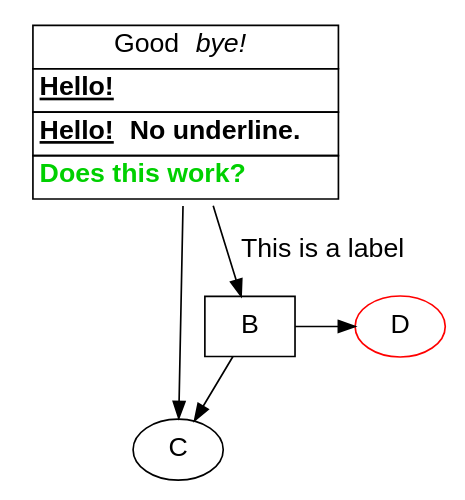
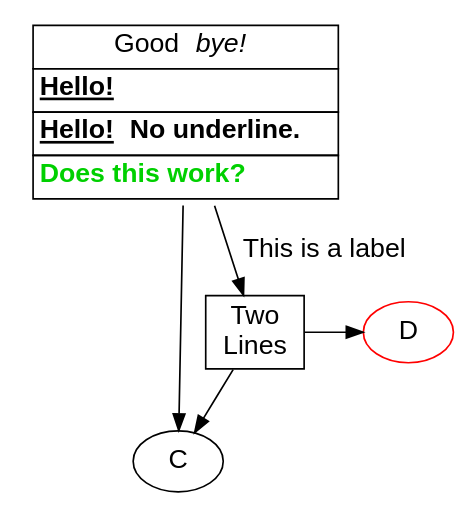
Before and after one commit to softwaretechnik-berlin/graphviz-scala: the diagram in doc/test.dot, drawn with Graphviz. The commit also changed 10 other files, not shown here.

```diff
--- a/doc/test.dot
+++ b/doc/test.dot
@@ -1,26 +1,26 @@
 digraph  {
   node [fontname = "Helvetica"; fontsize = 16.0;];
   edge [fontname = "Helvetica"; fontsize = 16.0;];
   fontname = "Helvetica";
   fontsize = 16.0;
   A [
     label = <<TABLE border="0" cellBorder="1" cellPadding="3" cellSpacing="0">
       <TR><TD >Good <I>bye!</I></TD></TR>
       <TR><TD align="Left"><B><U>Hello!</U></B></TD></TR>
       <TR><TD align="Left"><B><U>Hello!</U>No underline.</B></TD></TR>
       <TR><TD align="Left"><B><FONT color="#00D000">Does this work?</FONT></B></TD></TR>
     </TABLE>>;
     shape = none;
   ];
   C;
   subgraph  {
     rank = same;
-    B [shape = box;];
+    B [label = "Two\nLines"; shape = box;];
     D [color = "#FF0000";];
   }
   
   A -> B [label = "This is a label";];
   A -> C;
   B -> C;
   B -> D;
 }
```
